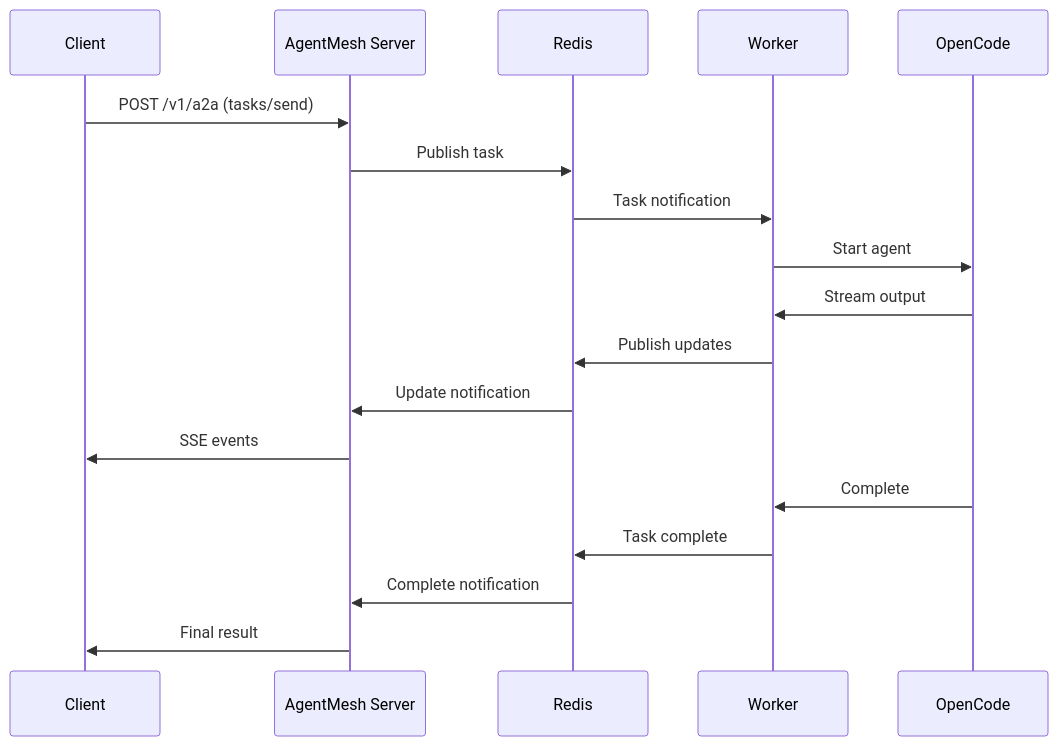
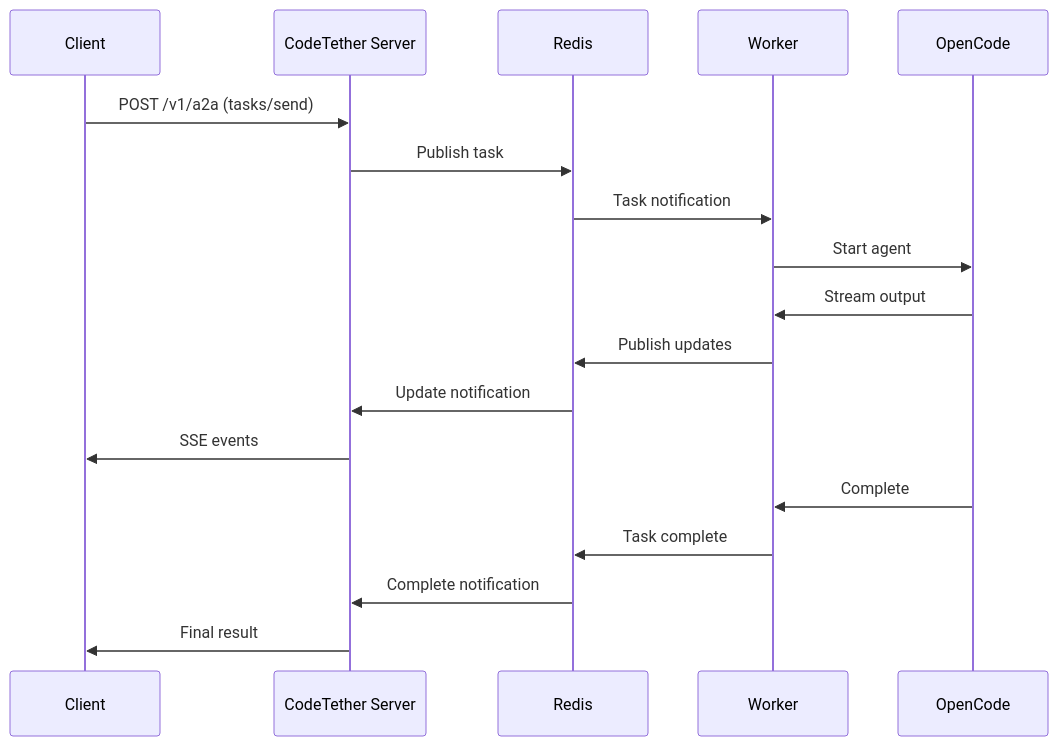
The second of 3 diagrams in agentmesh-docs/concepts/architecture.md (rileyseaburg/A2A-Server-MCP), drawn with Mermaid before and after one commit. The commit also changed other lines of this file and 51 other files, not shown here.

First line of the commit message:
docs: Rebrand documentation from AgentMesh to CodeTether

````diff
--- a/agentmesh-docs/concepts/architecture.md
+++ b/agentmesh-docs/concepts/architecture.md
@@ -108,21 +108,21 @@
 ```mermaid
 sequenceDiagram
     participant C as Client
-    participant S as AgentMesh Server
+    participant S as CodeTether Server
     participant R as Redis
     participant W as Worker
     participant O as OpenCode
 
     C->>S: POST /v1/a2a (tasks/send)
     S->>R: Publish task
     R->>W: Task notification
     W->>O: Start agent
     O->>W: Stream output
     W->>R: Publish updates
     R->>S: Update notification
     S->>C: SSE events
     O->>W: Complete
     W->>R: Task complete
     R->>S: Complete notification
     S->>C: Final result
 ```
````
